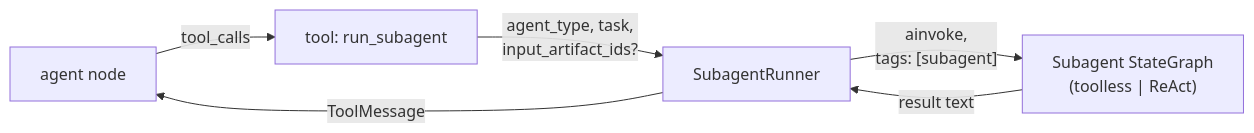
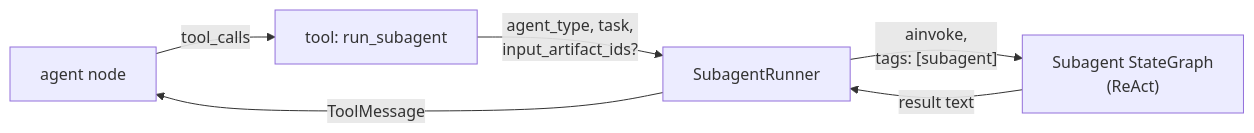
One commit to Bbar0n234/learnflow-ai changed the fifth of 5 diagrams in doc/tech/agent-runtime.md. Above: the diagram before and after it, drawn with Mermaid. The commit also changed other lines of this file and 8 other files, not shown here.

````diff
--- a/doc/tech/agent-runtime.md
+++ b/doc/tech/agent-runtime.md
@@ -305,8 +305,8 @@
 ```mermaid
 flowchart LR
     NODE["agent node"] -->|tool_calls| TOOL["tool: run_subagent"]
     TOOL -->|"agent_type, task,<br/>input_artifact_ids?"| RUNNER["SubagentRunner"]
-    RUNNER -->|"ainvoke,<br/>tags: [subagent]"| SGRAPH["Subagent StateGraph<br/>(toolless | ReAct)"]
+    RUNNER -->|"ainvoke,<br/>tags: [subagent]"| SGRAPH["Subagent StateGraph<br/>(ReAct)"]
     SGRAPH -->|result text| RUNNER
     RUNNER -->|ToolMessage| NODE
 ```
````
